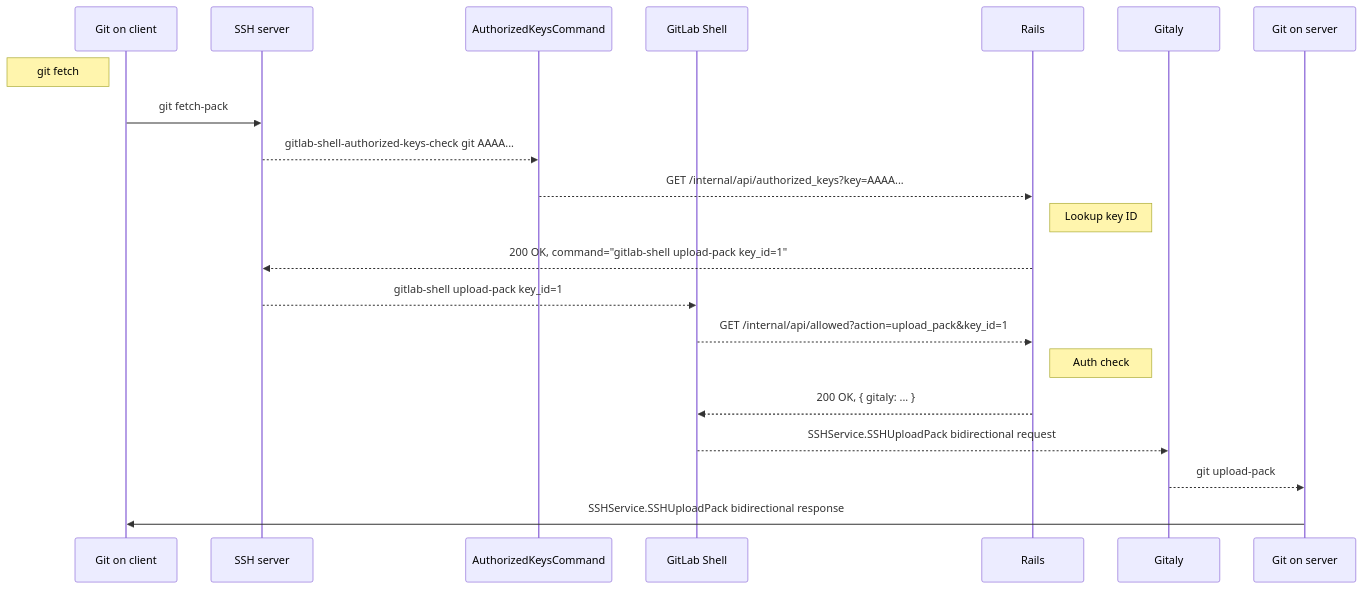
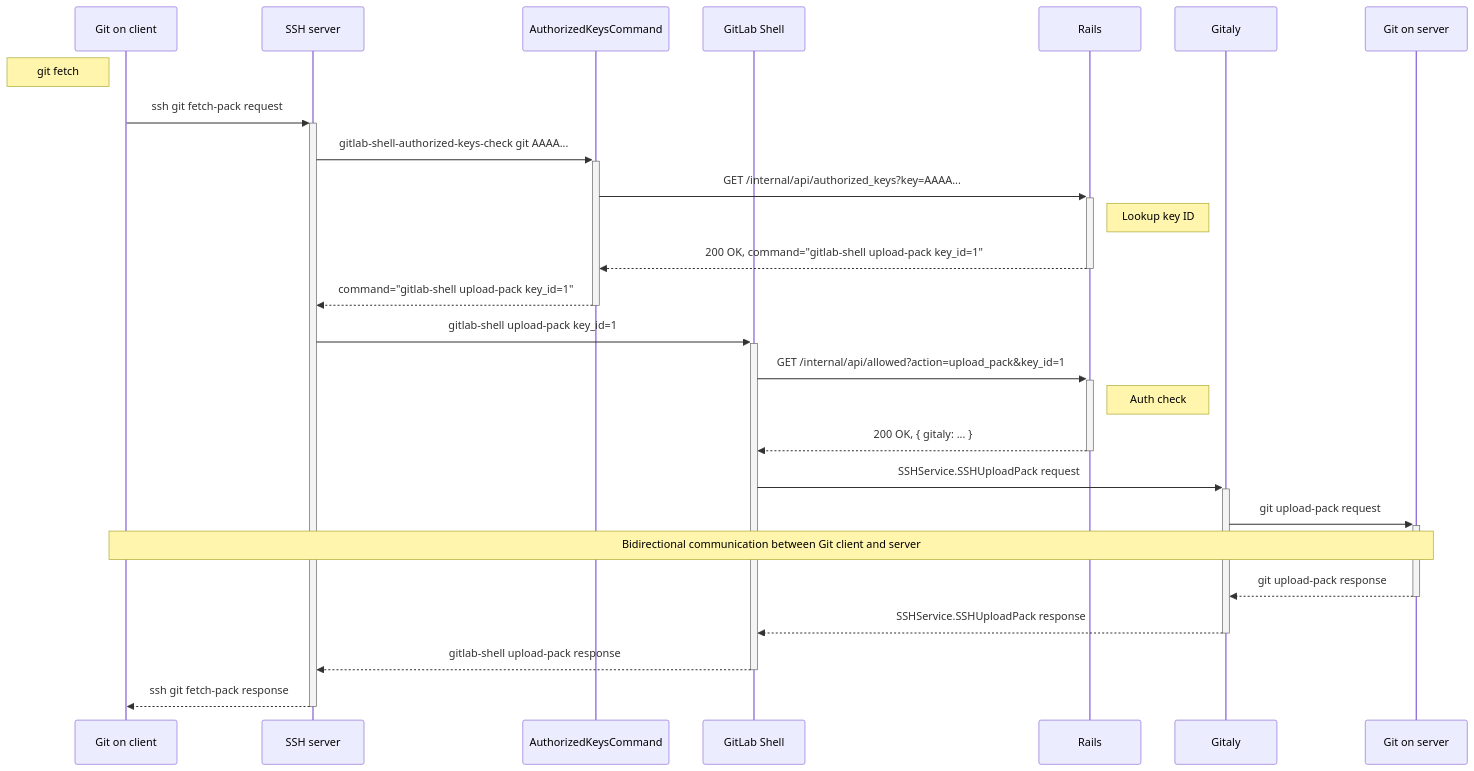
One commit to nickbrandt/GitLab changed the third of 3 diagrams in doc/development/architecture.md. Above: the diagram before and after it, drawn with Mermaid.

Commit message:
Fix SSH architecture diagram
Wrong version was merged

````diff
--- a/doc/development/architecture.md
+++ b/doc/development/architecture.md
@@ -555,24 +555,29 @@
 ```mermaid
 sequenceDiagram
     participant Git on client
     participant SSH server
     participant AuthorizedKeysCommand
     participant GitLab Shell
     participant Rails
     participant Gitaly
     participant Git on server
 
     Note left of Git on client: git fetch
-    Git on client->>SSH server: git fetch-pack
-    SSH server-->>AuthorizedKeysCommand: gitlab-shell-authorized-keys-check git AAAA...
-    AuthorizedKeysCommand-->>Rails: GET /internal/api/authorized_keys?key=AAAA...
+    Git on client->>+SSH server: ssh git fetch-pack request
+    SSH server->>+AuthorizedKeysCommand: gitlab-shell-authorized-keys-check git AAAA...
+    AuthorizedKeysCommand->>+Rails: GET /internal/api/authorized_keys?key=AAAA...
     Note right of Rails: Lookup key ID
-    Rails-->>SSH server: 200 OK, command="gitlab-shell upload-pack key_id=1"
-    SSH server-->>GitLab Shell: gitlab-shell upload-pack key_id=1
-    GitLab Shell-->>Rails: GET /internal/api/allowed?action=upload_pack&key_id=1
+    Rails-->>-AuthorizedKeysCommand: 200 OK, command="gitlab-shell upload-pack key_id=1"
+    AuthorizedKeysCommand-->>-SSH server: command="gitlab-shell upload-pack key_id=1"
+    SSH server->>+GitLab Shell: gitlab-shell upload-pack key_id=1
+    GitLab Shell->>+Rails: GET /internal/api/allowed?action=upload_pack&key_id=1
     Note right of Rails: Auth check
-    Rails-->>GitLab Shell: 200 OK, { gitaly: ... }
-    GitLab Shell-->>Gitaly: SSHService.SSHUploadPack bidirectional request
-    Gitaly-->>Git on server: git upload-pack
-    Git on server->>Git on client: SSHService.SSHUploadPack bidirectional response
+    Rails-->>-GitLab Shell: 200 OK, { gitaly: ... }
+    GitLab Shell->>+Gitaly: SSHService.SSHUploadPack request
+    Gitaly->>+Git on server: git upload-pack request
+    Note over Git on client,Git on server: Bidirectional communication between Git client and server
+    Git on server-->>-Gitaly: git upload-pack response
+    Gitaly -->>-GitLab Shell: SSHService.SSHUploadPack response
+    GitLab Shell-->>-SSH server: gitlab-shell upload-pack response
+    SSH server-->>-Git on client: ssh git fetch-pack response
 ```
````
